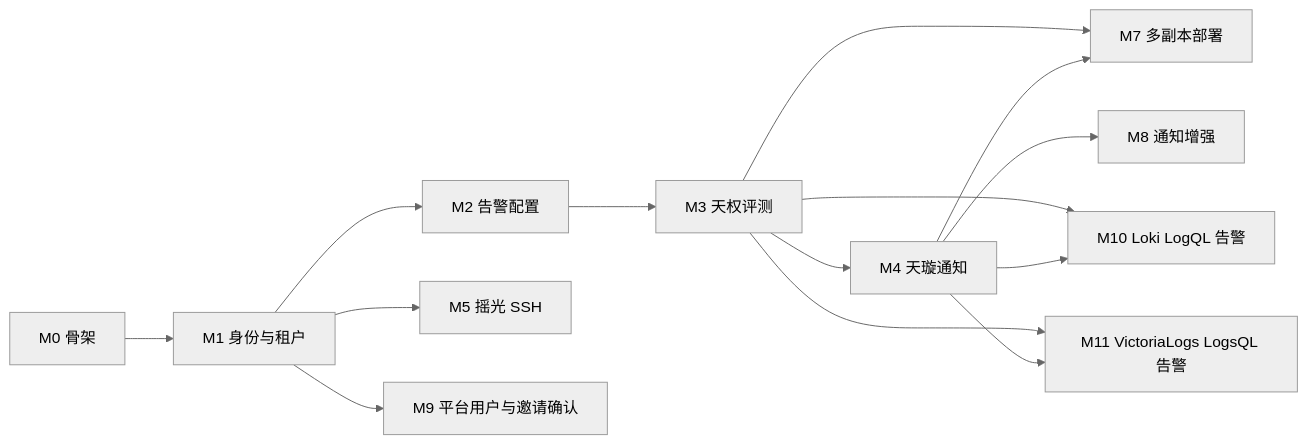
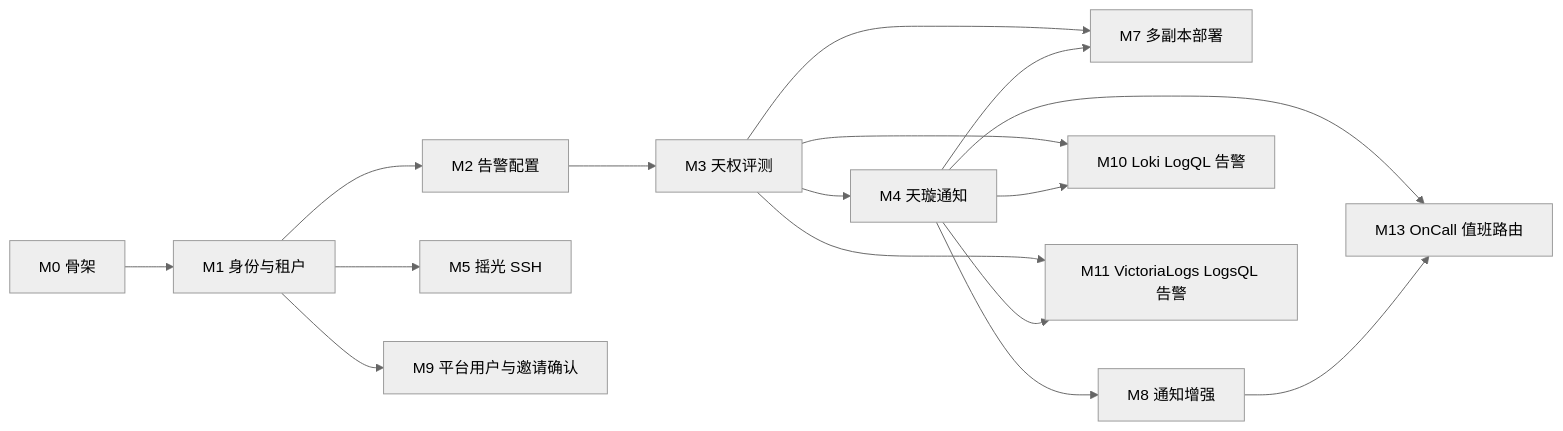
One commit to aide-family/moon changed the diagram in docs/roadmap.md. Above: the diagram before and after it, drawn with Mermaid (neutral theme). The commit also changed other lines of this file and 104 other files, not shown here.

````diff
--- a/docs/roadmap.md
+++ b/docs/roadmap.md
@@ -37,24 +38,27 @@
 ```mermaid
 flowchart LR
   m0[M0 骨架]
   m1[M1 身份与租户]
   m2[M2 告警配置]
   m3[M3 天权评测]
   m4[M4 天璇通知]
   m5[M5 摇光 SSH]
   m7[M7 多副本部署]
   m8[M8 通知增强]
   m9[M9 平台用户与邀请确认]
   m10[M10 Loki LogQL 告警]
   m11[M11 VictoriaLogs LogsQL 告警]
+  m13[M13 OnCall 值班路由]
   m0 --> m1 --> m2 --> m3 --> m4
   m1 --> m5
   m1 --> m9
   m3 --> m7
   m4 --> m7
   m4 --> m8
   m3 --> m10
   m4 --> m10
   m3 --> m11
   m4 --> m11
+  m4 --> m13
+  m8 --> m13
 ```
````
